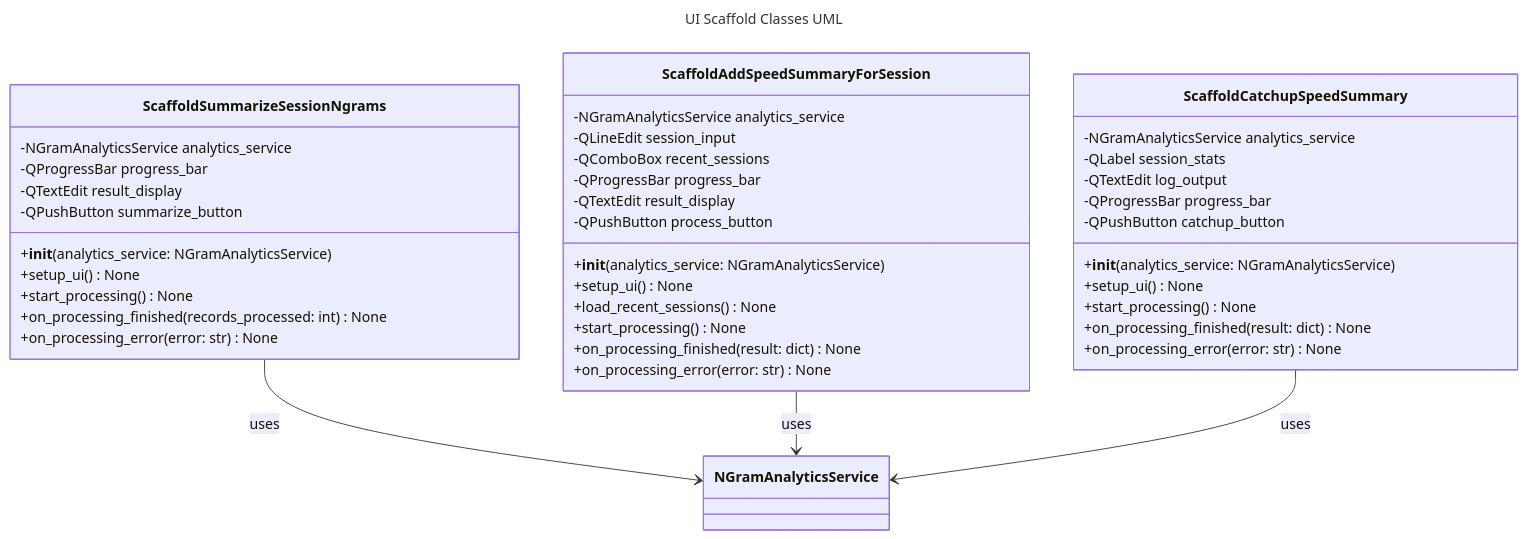
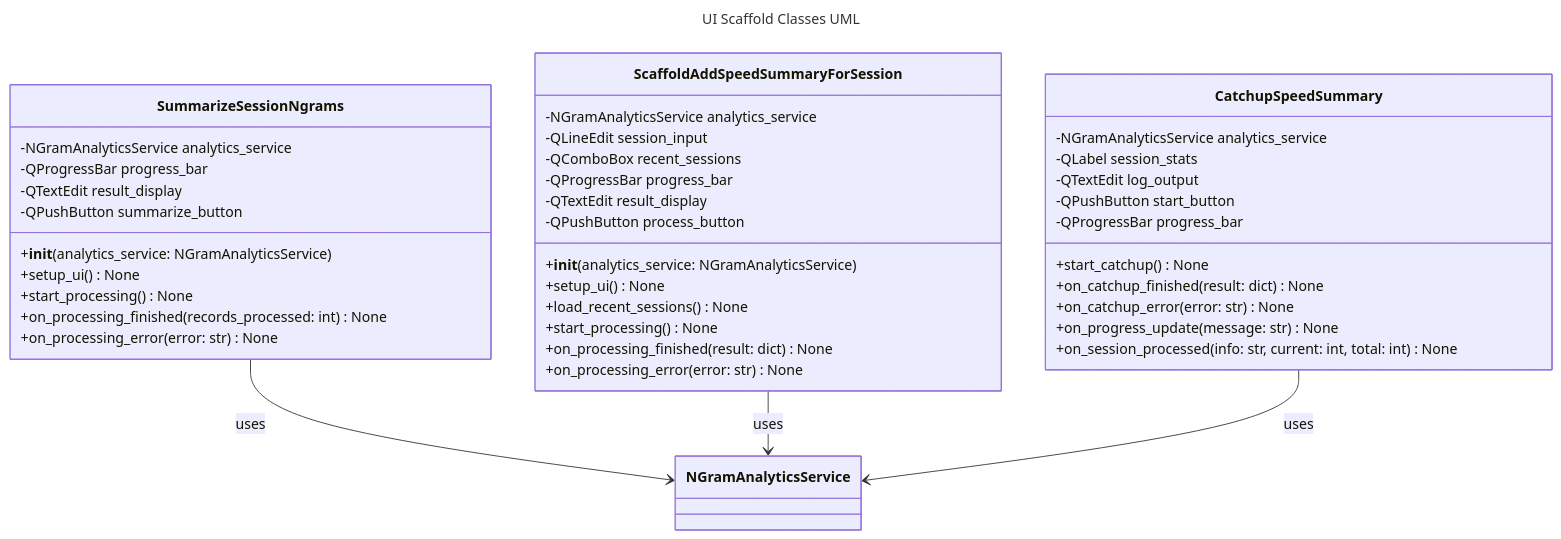
Before and after one commit to SeanAdams10/AITypingTrainer: the second of 4 diagrams in Requirements/NGramAnalyticsService.md, drawn with Mermaid. The commit also changed other lines of this file and 52 other files, not shown here.

````diff
--- a/Requirements/NGramAnalyticsService.md
+++ b/Requirements/NGramAnalyticsService.md
@@ -428,49 +428,49 @@
 ```mermaid
 ---
 title: UI Scaffold Classes UML
 ---
 classDiagram
-    class ScaffoldSummarizeSessionNgrams {
+    class SummarizeSessionNgrams {
         -NGramAnalyticsService analytics_service
         -QProgressBar progress_bar
         -QTextEdit result_display
         -QPushButton summarize_button
         +__init__(analytics_service: NGramAnalyticsService)
         +setup_ui() None
         +start_processing() None
         +on_processing_finished(records_processed: int) None
         +on_processing_error(error: str) None
     }
     
     class ScaffoldAddSpeedSummaryForSession {
         -NGramAnalyticsService analytics_service
         -QLineEdit session_input
         -QComboBox recent_sessions
         -QProgressBar progress_bar
         -QTextEdit result_display
         -QPushButton process_button
         +__init__(analytics_service: NGramAnalyticsService)
         +setup_ui() None
         +load_recent_sessions() None
         +start_processing() None
         +on_processing_finished(result: dict) None
         +on_processing_error(error: str) None
     }
     
-    class ScaffoldCatchupSpeedSummary {
+    class CatchupSpeedSummary {
         -NGramAnalyticsService analytics_service
         -QLabel session_stats
         -QTextEdit log_output
+        -QPushButton start_button
         -QProgressBar progress_bar
-        -QPushButton catchup_button
-        +__init__(analytics_service: NGramAnalyticsService)
-        +setup_ui() None
-        +start_processing() None
-        +on_processing_finished(result: dict) None
-        +on_processing_error(error: str) None
+        +start_catchup() None
+        +on_catchup_finished(result: dict) None
+        +on_catchup_error(error: str) None
+        +on_progress_update(message: str) None
+        +on_session_processed(info: str, current: int, total: int) None
     }
     
-    ScaffoldSummarizeSessionNgrams --> NGramAnalyticsService : uses
+    SummarizeSessionNgrams --> NGramAnalyticsService : uses
     ScaffoldAddSpeedSummaryForSession --> NGramAnalyticsService : uses
-    ScaffoldCatchupSpeedSummary --> NGramAnalyticsService : uses
+    CatchupSpeedSummary --> NGramAnalyticsService : uses
 ```
````
